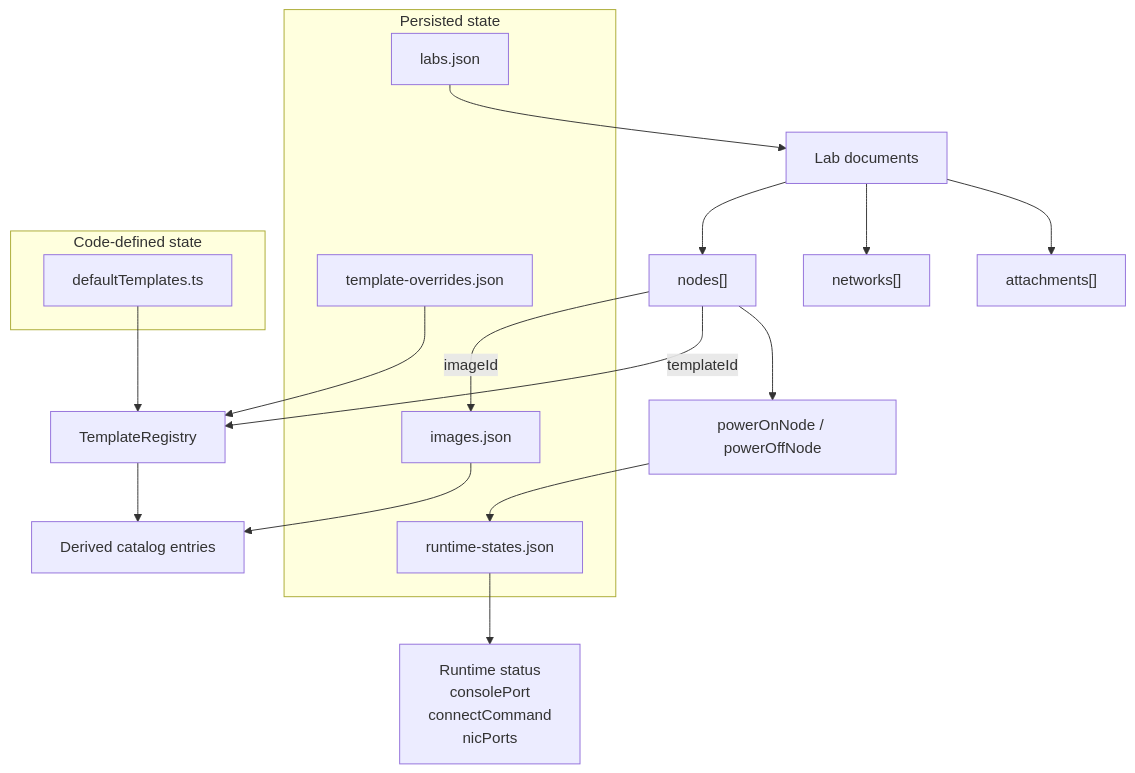
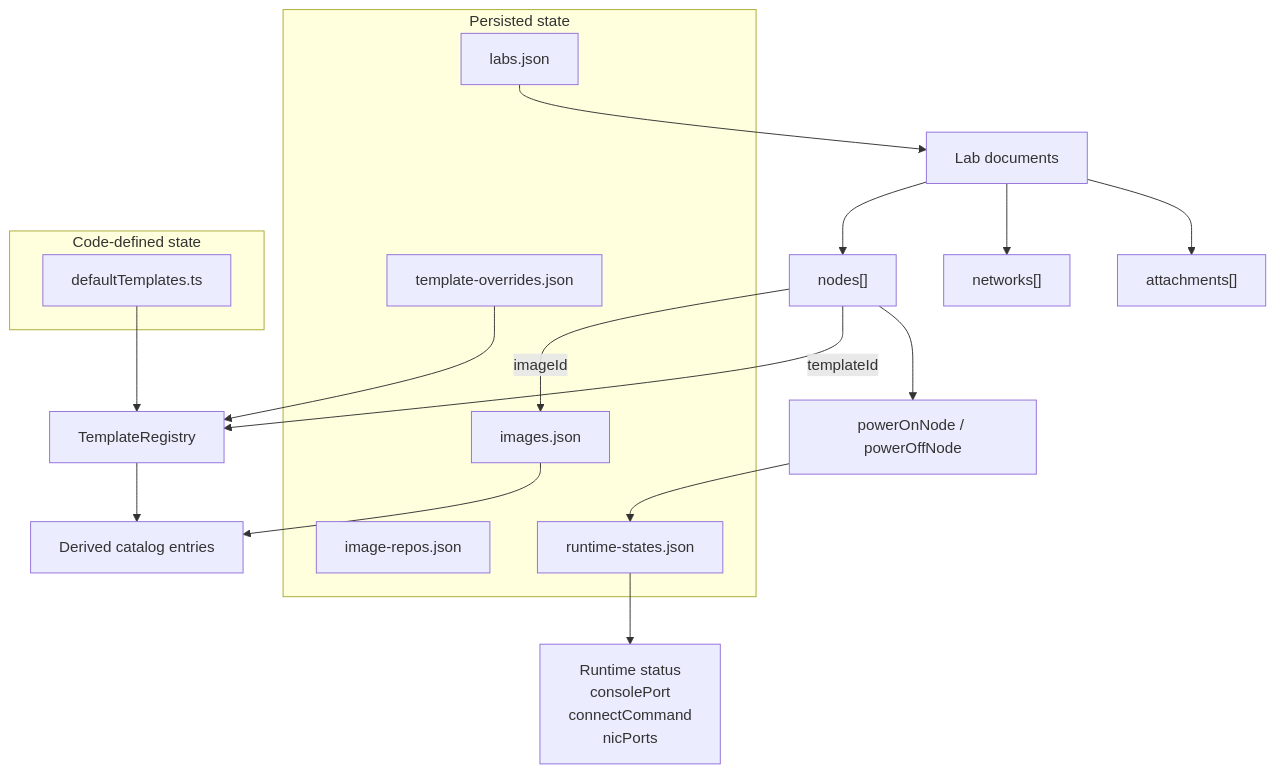
One commit to Cass67/networkchum changed the third of 7 diagrams in docs/architecture.md. Above: the diagram before and after it, drawn with Mermaid. The commit also changed other lines of this file and 20 other files, not shown here.

First line of the commit message:
Image repos: pull device images from a URL share or local dir into the catalog

````diff
--- a/docs/architecture.md
+++ b/docs/architecture.md
@@ -119,31 +120,32 @@
 ```mermaid
 flowchart TD
   subgraph Persisted["Persisted state"]
     Labs["labs.json"]
     Images["images.json"]
+    Repos["image-repos.json"]
     Runtime["runtime-states.json"]
     Overrides["template-overrides.json"]
   end
 
   subgraph Code["Code-defined state"]
     Templates["defaultTemplates.ts"]
   end
 
   Labs --> LabDocs["Lab documents"]
   LabDocs --> Nodes["nodes[]"]
   LabDocs --> Networks["networks[]"]
   LabDocs --> Attachments["attachments[]"]
 
   Templates --> Registry["TemplateRegistry"]
   Overrides --> Registry
 
   Nodes -->|templateId| Registry
   Nodes -->|imageId| Images
 
   Registry --> Catalog["Derived catalog entries"]
   Images --> Catalog
 
   Nodes --> RuntimeOps["powerOnNode / powerOffNode"]
   RuntimeOps --> Runtime
   Runtime --> Status["Runtime status<br/>consolePort<br/>connectCommand<br/>nicPorts"]
 ```
````
